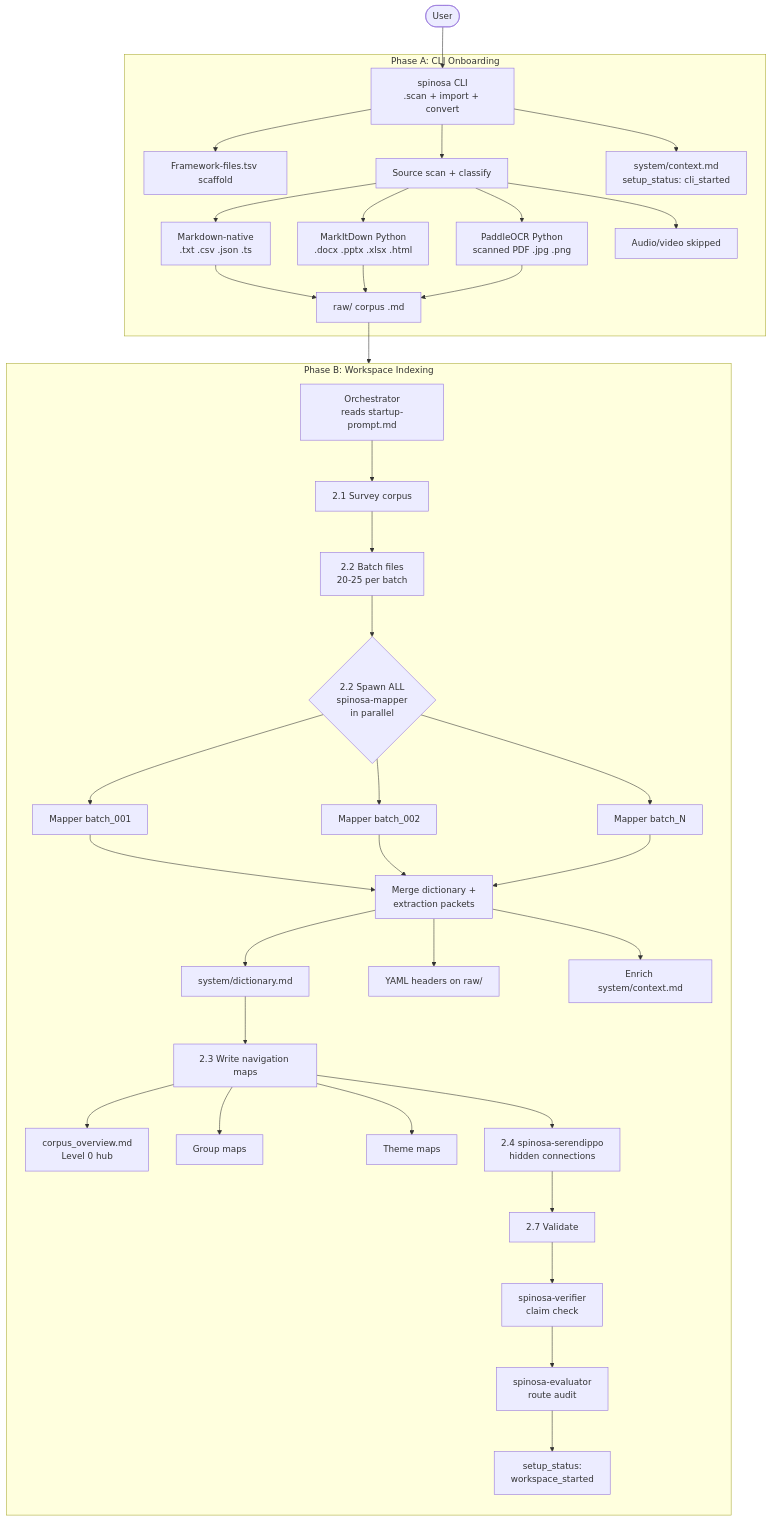
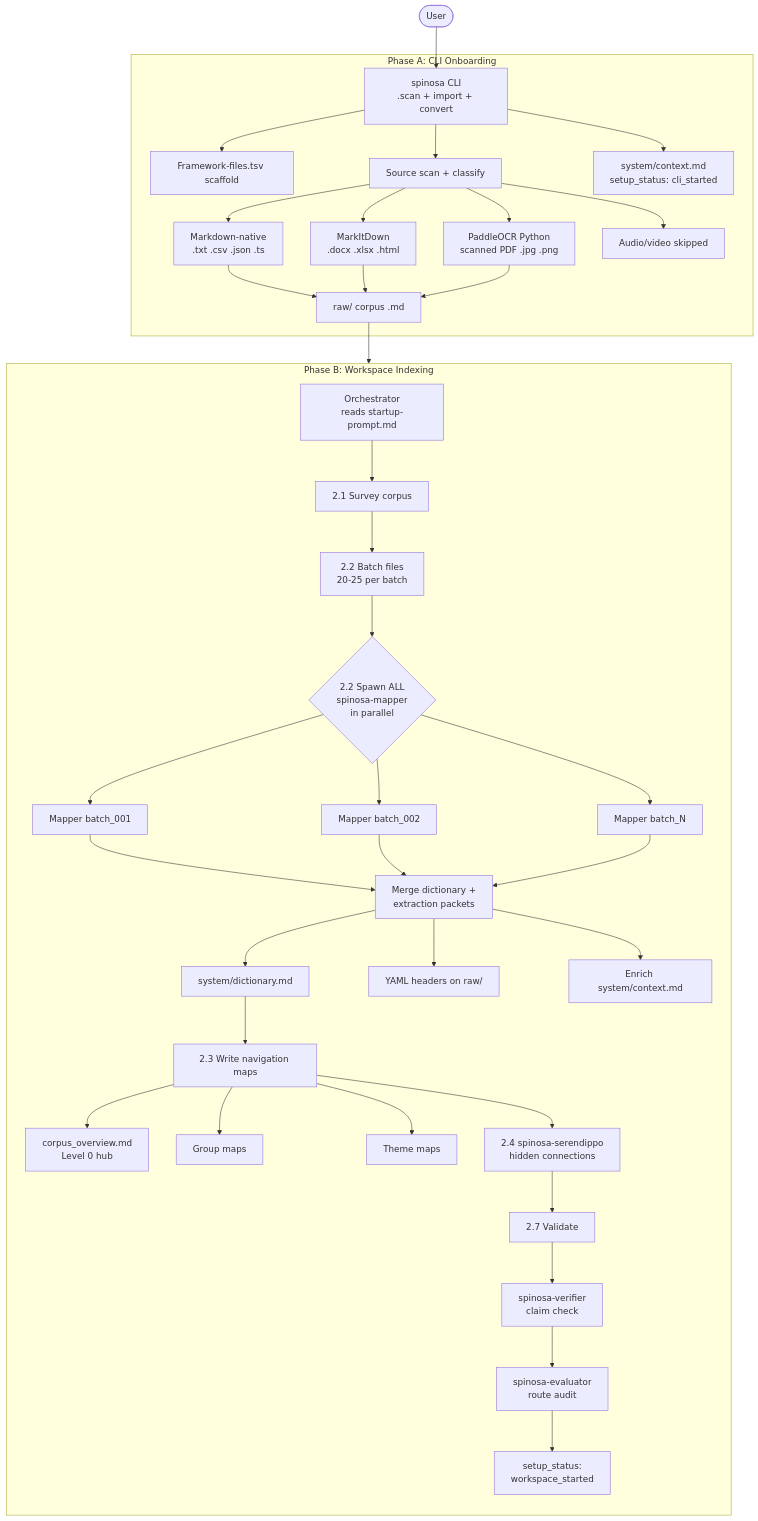
The first of 9 diagrams in workspace-template/docs/diagrams.md (TommasoPrinetti/spinosa), drawn with Mermaid before and after one commit. The commit also changed other lines of this file and 100 other files, not shown here.

````diff
--- a/workspace-template/docs/diagrams.md
+++ b/workspace-template/docs/diagrams.md
@@ -17,40 +17,40 @@
 ```mermaid
 flowchart TB
     User([User]) --> CLI[spinosa CLI\n.scan + import + convert]
 
     subgraph Onboarding ["Phase A: CLI Onboarding"]
         CLI --> FS[Framework-files.tsv scaffold]
         CLI --> SRC[Source scan + classify]
         SRC --> MD[Markdown-native\n.txt .csv .json .ts]
-        SRC --> MKD[MarkItDown Python\n.docx .pptx .xlsx .html]
+        SRC --> MKD[MarkItDown\n.docx .xlsx .html]
         SRC --> OCR[PaddleOCR Python\nscanned PDF .jpg .png]
         SRC --> SKIP[Audio/video skipped]
         MD & MKD & OCR --> RAW[raw/ corpus .md]
         CLI --> CFG[system/context.md\nsetup_status: cli_started]
     end
 
     subgraph Indexing ["Phase B: Workspace Indexing"]
         direction TB
         ORCH_0[Orchestrator\nreads startup-prompt.md] --> SURVEY[2.1 Survey corpus]
         SURVEY --> BATCH[2.2 Batch files\n20-25 per batch]
         BATCH --> PAR_MAP{2.2 Spawn ALL\nspinosa-mapper\nin parallel}
         PAR_MAP --> M1[Mapper batch_001]
         PAR_MAP --> M2[Mapper batch_002]
         PAR_MAP --> MN[Mapper batch_N]
         M1 & M2 & MN --> MERGE[Merge dictionary +\nextraction packets]
         MERGE --> DICT[system/dictionary.md]
         MERGE --> YAML[YAML headers on raw/]
         MERGE --> CTX[Enrich system/context.md]
         DICT --> MAPS[2.3 Write navigation maps]
         MAPS --> HUB[corpus_overview.md\nLevel 0 hub]
         MAPS --> GROUPS[Group maps]
         MAPS --> THEMES[Theme maps]
         MAPS --> SEREN[2.4 spinosa-serendippo\nhidden connections]
         SEREN --> VAL[2.7 Validate]
         VAL --> VER[spinosa-verifier\nclaim check]
         VER --> EVAL[spinosa-evaluator\nroute audit]
         EVAL --> DONE[setup_status:\nworkspace_started]
     end
 
     RAW --> ORCH_0
 ```
````
